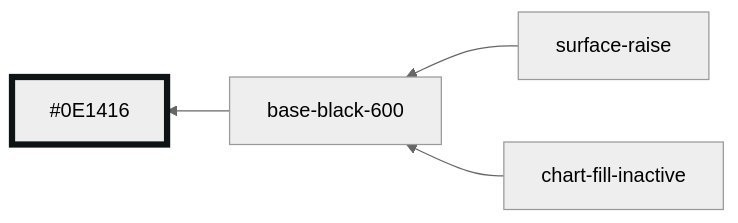
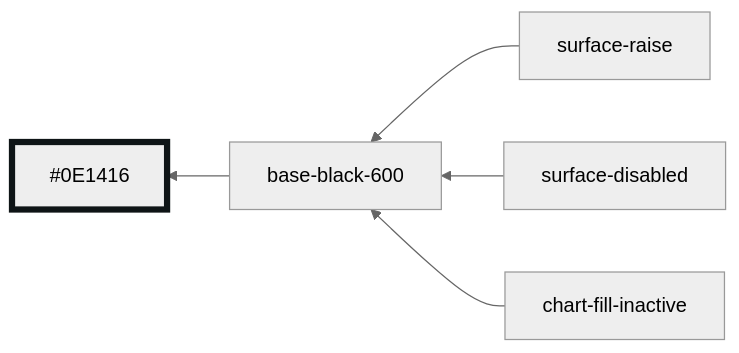
Diagram 29 of 30 in libs/ui/styles/themes/main.md (oxidecomputer/console), drawn with Mermaid (neutral theme) before and after one commit. The commit also changed other lines of this file and 3 other files, not shown here.

````diff
--- a/libs/ui/styles/themes/main.md
+++ b/libs/ui/styles/themes/main.md
@@ -364,8 +363,9 @@
 ```mermaid
 graph RL
   base-black-600 --> #0E1416:::base-black-600
   surface-raise --> base-black-600
+  surface-disabled --> base-black-600
   chart-fill-inactive --> base-black-600
 
   classDef base-black-600 stroke-width:5,stroke:#0E1416
 ```
````
